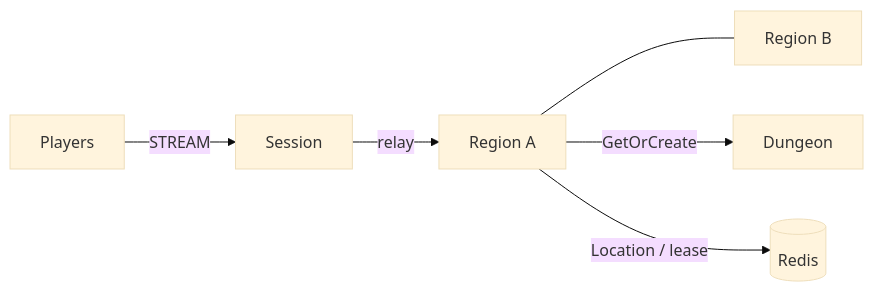
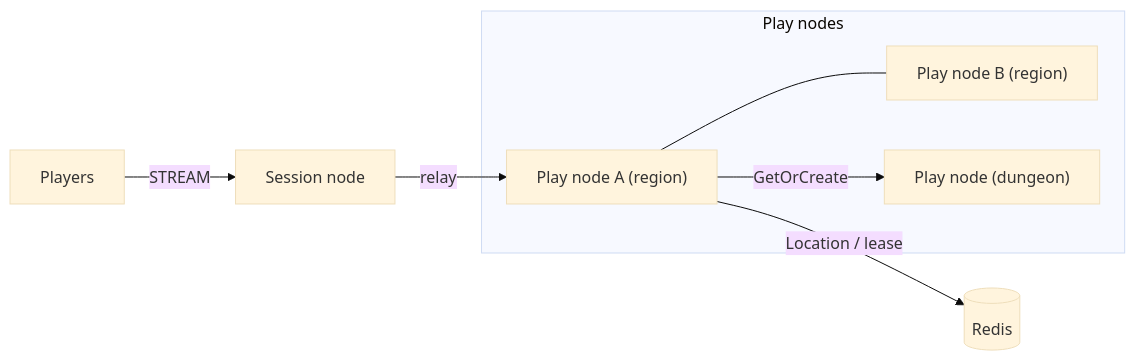
One commit to zlink-systems/zlink changed the diagram in framework/languages/dotnet/templates/mmo-megaserver/my-game/README.md. Above: the diagram before and after it, drawn with Mermaid (base theme). The commit also changed other lines of this file and 223 other files, not shown here.

First line of the commit message:
docs(templates): 모든 템플릿의 노드 이름을 Session node · Play node · API node로 (#5350)

````diff
--- a/framework/languages/dotnet/templates/mmo-megaserver/my-game/README.md
+++ b/framework/languages/dotnet/templates/mmo-megaserver/my-game/README.md
@@ -5,8 +5,13 @@
 ```mermaid
 flowchart LR
-    players[Players] -->|STREAM| session[Session]
-    session -->|relay| regionA[Region A]
-    regionA --- regionB[Region B]
-    regionA -->|GetOrCreate| instance[Dungeon]
+    subgraph playNodes["Play nodes"]
+      regionA["Play node A (region)"]
+      regionB["Play node B (region)"]
+      instance["Play node (dungeon)"]
+    end
+    players[Players] -->|STREAM| session["Session node"]
+    session -->|relay| regionA
+    regionA --- regionB
+    regionA -->|GetOrCreate| instance
     regionA -->|Location / lease| location[(Redis)]
 ```
````
